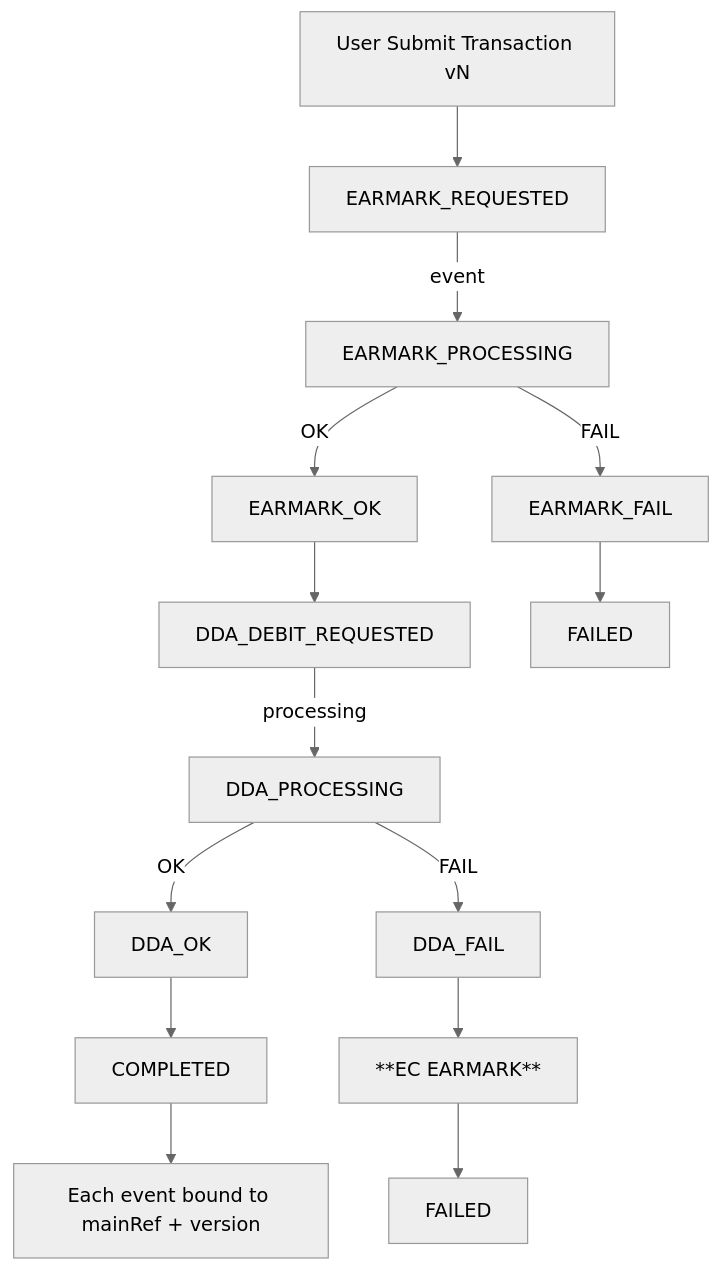
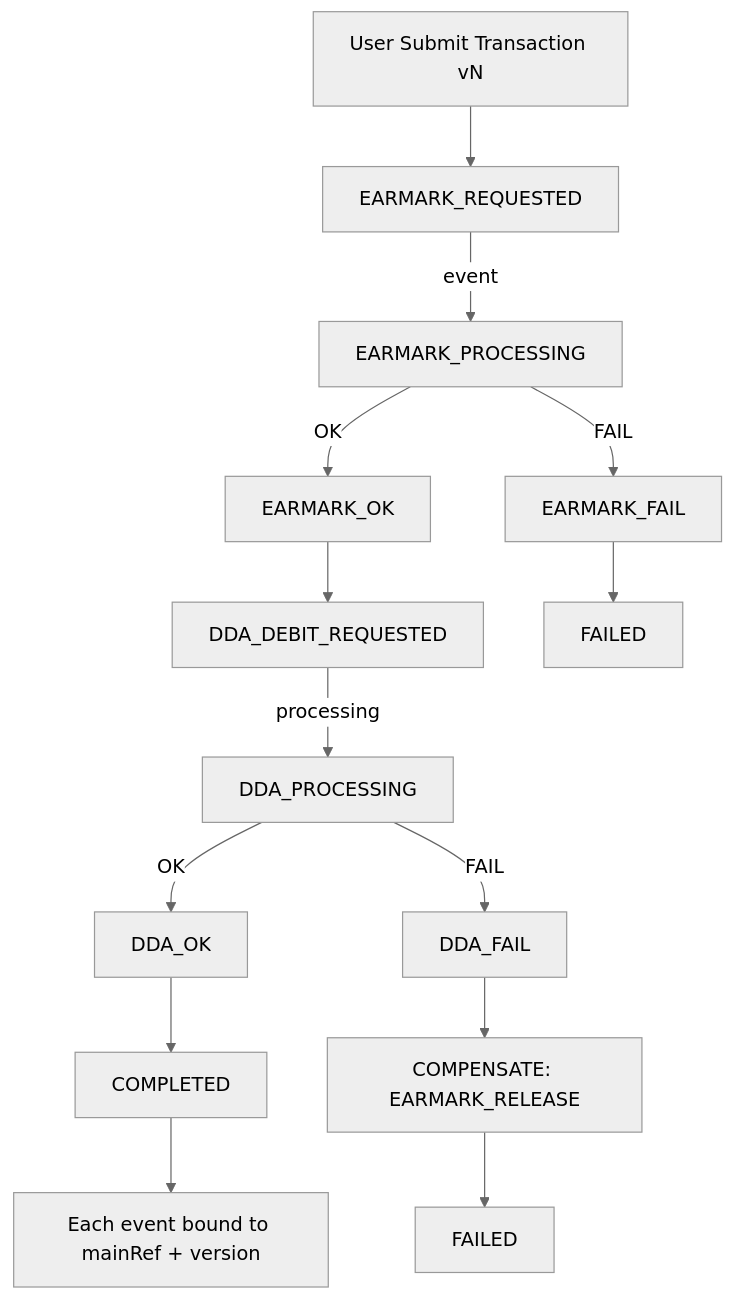
One commit to christseng89/claude-code-crash-course changed the diagram in README-JmsToKafka.md. Above: the diagram before and after it, drawn with Mermaid (neutral theme). The commit also changed other lines of this file and 2 other files, not shown here.

````diff
--- a/README-JmsToKafka.md
+++ b/README-JmsToKafka.md
@@ -1529,26 +1582,26 @@
 ```mermaid
-flowchart TD  
+flowchart TD
   U[User Submit Transaction vN]
 
   U --> A[EARMARK_REQUESTED]
 
   A -->|event| E[EARMARK_PROCESSING]
   E -->|OK| EO[EARMARK_OK]
   E -->|FAIL| EF[EARMARK_FAIL]
 
   EO --> D[DDA_DEBIT_REQUESTED]
   D -->|processing| DP[DDA_PROCESSING]
   DP -->|OK| DO[DDA_OK]
   DP -->|FAIL| DF[DDA_FAIL]
 
   %% Compensation paths
-  DF --> C1[**EC EARMARK**]
+  DF --> C1[COMPENSATE: EARMARK_RELEASE]
   EF --> END1[FAILED]
 
   C1 --> END2[FAILED]
 
   DO --> END3[COMPLETED]
 
   %% Version isolation note
   END3 --> VNOTE[Each event bound to mainRef + version]
 ```
````
